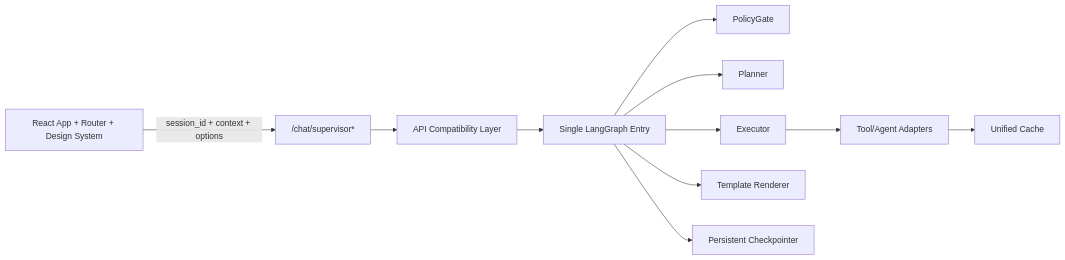
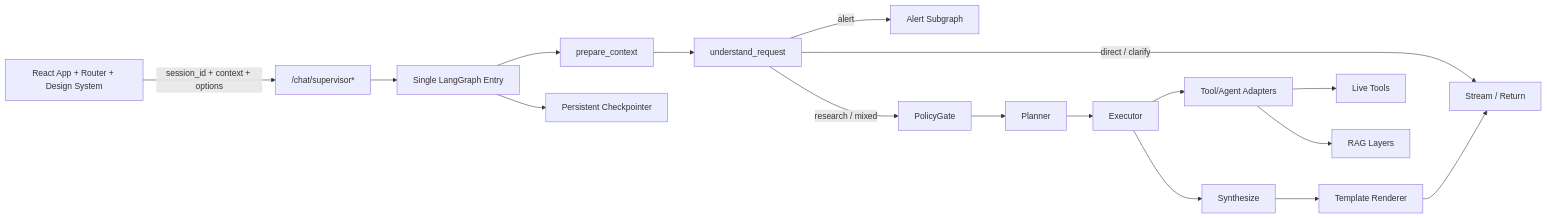
One commit to kkkano/FinSight changed the second of 4 diagrams in docs/06a_LANGGRAPH_DESIGN_SPEC.md. Above: the diagram before and after it, drawn with Mermaid. The commit also changed other lines of this file and 8 other files, not shown here.

Commit message:
docs: clean active architecture references

````diff
--- a/docs/06a_LANGGRAPH_DESIGN_SPEC.md
+++ b/docs/06a_LANGGRAPH_DESIGN_SPEC.md
@@ -55,14 +65,20 @@
 ```mermaid
 flowchart LR
   FE[React App + Router + Design System]
   FE -->|session_id + context + options| CHATAPI["/chat/supervisor*"]
-  CHATAPI --> ORCHAPI[API Compatibility Layer]
-  ORCHAPI --> GRAPH[Single LangGraph Entry]
-  GRAPH --> POLICY[PolicyGate]
-  GRAPH --> PLAN[Planner]
-  GRAPH --> EXEC[Executor]
-  GRAPH --> RENDER[Template Renderer]
+  CHATAPI --> GRAPH[Single LangGraph Entry]
+  GRAPH --> PREPARE[prepare_context]
+  PREPARE --> UNDER[understand_request]
+  UNDER -->|direct / clarify| OUT[Stream / Return]
+  UNDER -->|alert| ALERT[Alert Subgraph]
+  UNDER -->|research / mixed| POLICY[PolicyGate]
+  POLICY --> PLAN[Planner]
+  PLAN --> EXEC[Executor]
+  EXEC --> SYN[Synthesize]
+  SYN --> RENDER[Template Renderer]
+  RENDER --> OUT
   GRAPH --> CKPT[Persistent Checkpointer]
   EXEC --> TOOLS[Tool/Agent Adapters]
-  TOOLS --> CACHE2[Unified Cache]
+  TOOLS --> LIVE[Live Tools]
+  TOOLS --> RAG[RAG Layers]
 ```
````
